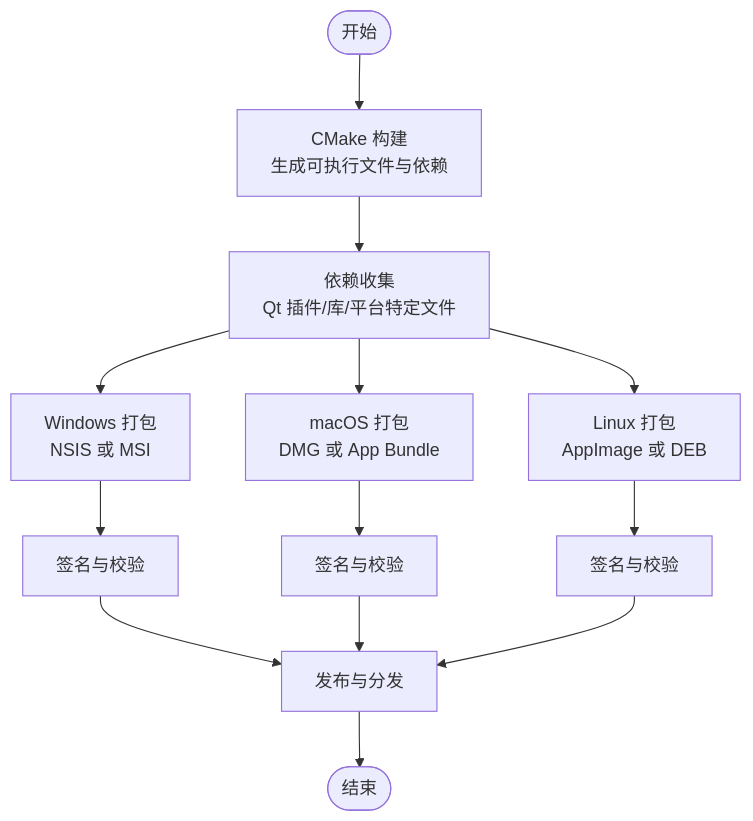
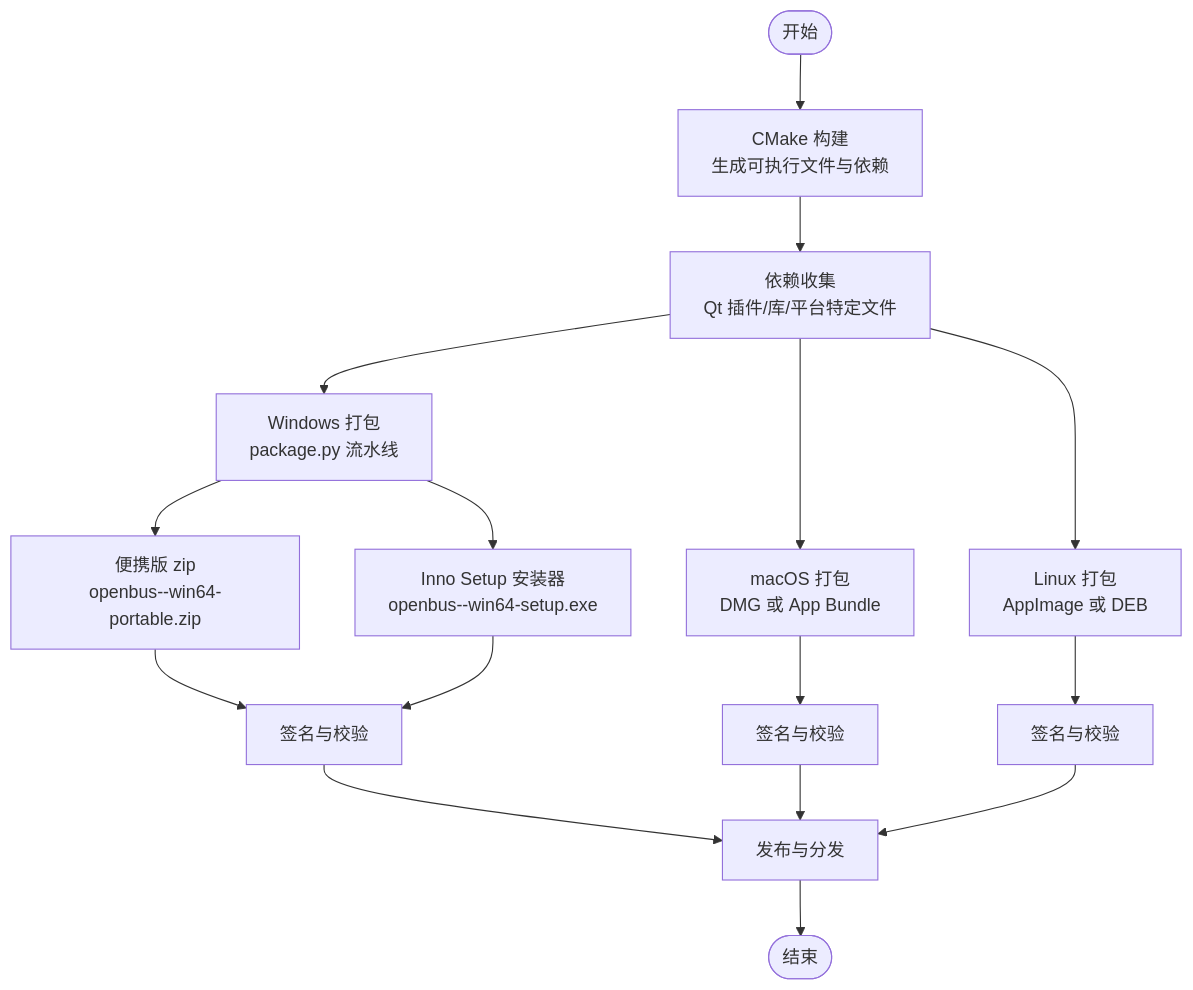
One commit to jakecai1225-design/OpenBus changed the second of 3 diagrams in .qoder/repowiki/zh/content/构建和部署/打包和部署.md. Above: the diagram before and after it, drawn with Mermaid. The commit also changed other lines of this file and 64 other files, not shown here.

````diff
--- a/.qoder/repowiki/zh/content/构建和部署/打包和部署.md
+++ b/.qoder/repowiki/zh/content/构建和部署/打包和部署.md
@@ -69,15 +90,18 @@
 ```mermaid
 flowchart TD
 Start(["开始"]) --> Build["CMake 构建<br/>生成可执行文件与依赖"]
 Build --> Collect["依赖收集<br/>Qt 插件/库/平台特定文件"]
-Collect --> PackageWin["Windows 打包<br/>NSIS 或 MSI"]
+Collect --> PackageWin["Windows 打包<br/>package.py 流水线"]
+PackageWin --> Zip["便携版 zip<br/>openbus-<ver>-win64-portable.zip"]
+PackageWin --> Installer["Inno Setup 安装器<br/>openbus-<ver>-win64-setup.exe"]
 Collect --> PackageMac["macOS 打包<br/>DMG 或 App Bundle"]
 Collect --> PackageLinux["Linux 打包<br/>AppImage 或 DEB"]
-PackageWin --> SignWin["签名与校验"]
+Zip --> SignWin["签名与校验"]
+Installer --> SignWin
 PackageMac --> SignMac["签名与校验"]
 PackageLinux --> SignLinux["签名与校验"]
 SignWin --> Publish["发布与分发"]
 SignMac --> Publish
 SignLinux --> Publish
 Publish --> End(["结束"])
 ```
````
